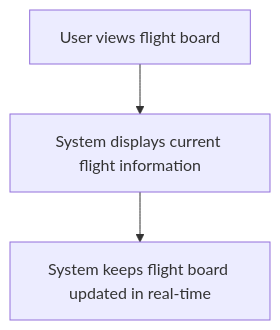
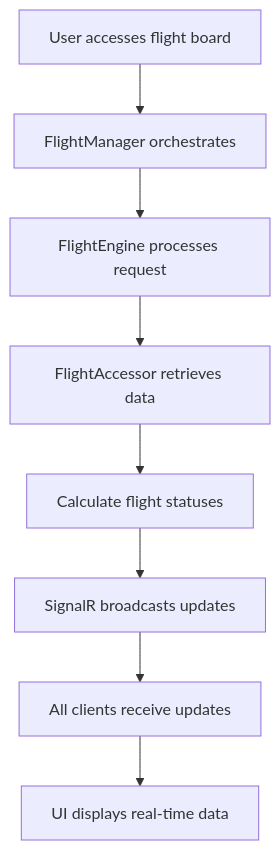
One commit to jsolarz/fligh_board-rt-ms changed the second of 9 diagrams in use_cases.md. Above: the diagram before and after it, drawn with Mermaid. The commit also changed other lines of this file and 55 other files, not shown here.

````diff
--- a/use_cases.md
+++ b/use_cases.md
@@ -18,5 +49,10 @@
 ```mermaid
 graph TD
-    A[User views flight board] --> B[System displays current flight information]
-    B --> C[System keeps flight board updated in real-time]
+    A[User accesses flight board] --> B[FlightManager orchestrates]
+    B --> C[FlightEngine processes request]
+    C --> D[FlightAccessor retrieves data]
+    D --> E[Calculate flight statuses]
+    E --> F[SignalR broadcasts updates]
+    F --> G[All clients receive updates]
+    G --> H[UI displays real-time data]
 ```
````
